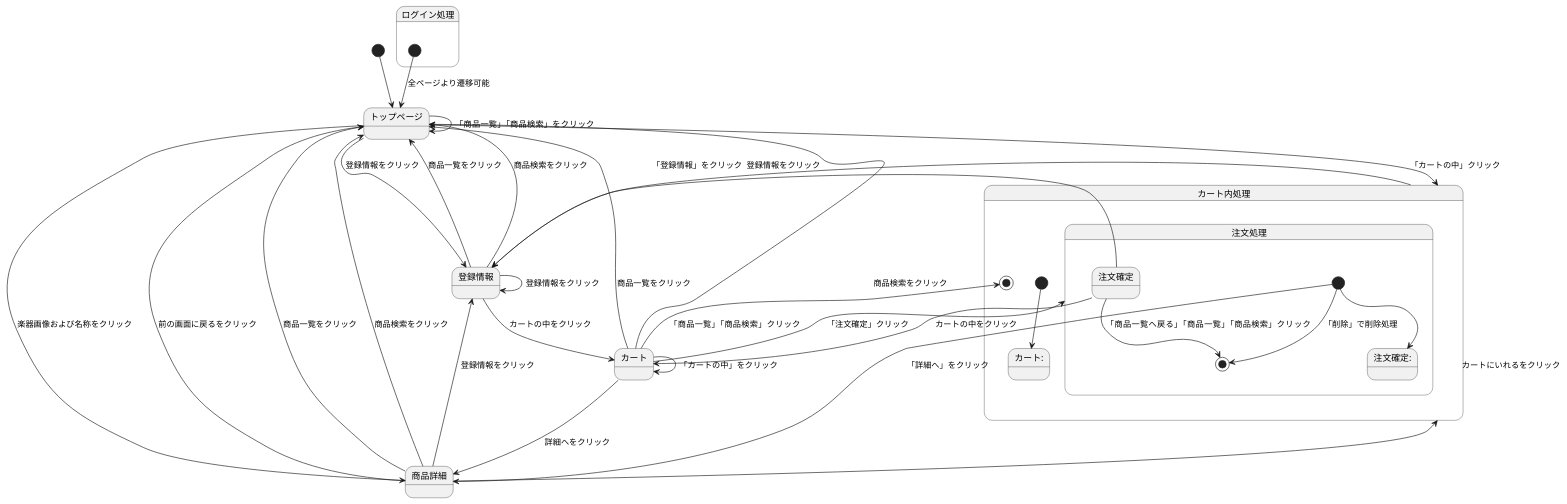
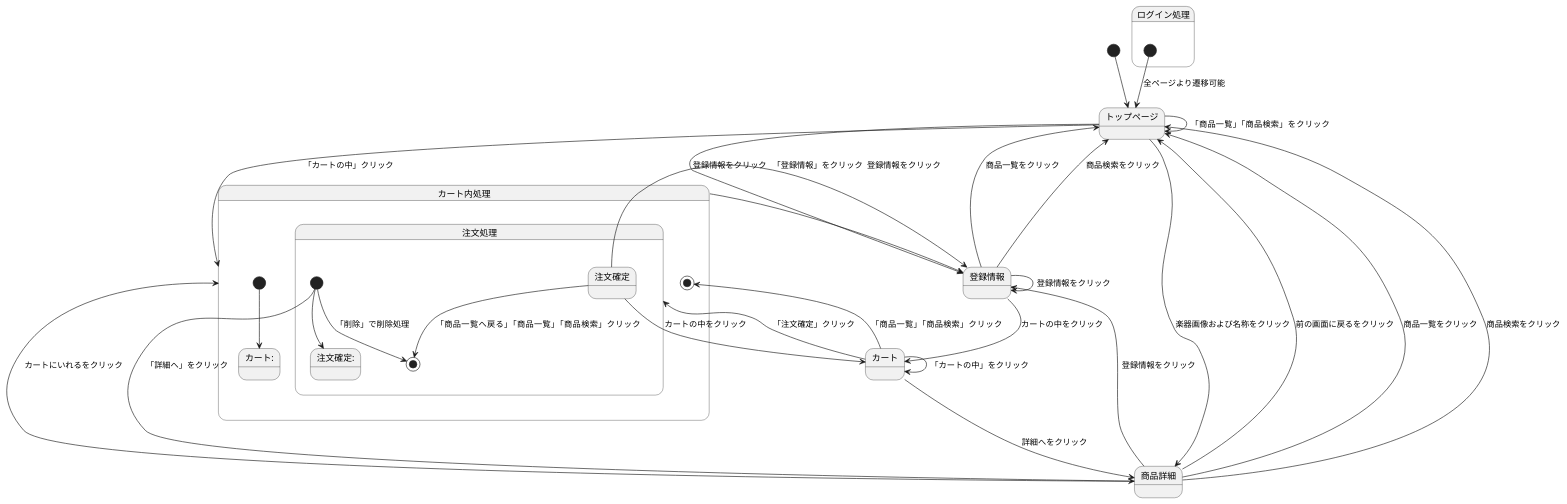
One commit to Aso2001374/2021sys-design changed the third of 3 diagrams in stm01.md. Above: the diagram before and after it, drawn with PlantUML.

````diff
--- a/stm01.md
+++ b/stm01.md
@@ -55,53 +55,52 @@
 ```uml
 @startuml
 [*] --> トップページ
 
 トップページ--> トップページ : 「商品一覧」「商品検索」をクリック
 トップページ--> カート内処理 : 「カートの中」クリック
 トップページ--> 登録情報 : 登録情報をクリック
 トップページ--> 商品詳細 : 楽器画像および名称をクリック
 
 
 商品詳細--> トップページ : 前の画面に戻るをクリック
 商品詳細--> トップページ : 商品一覧をクリック
 商品詳細--> トップページ : 商品検索をクリック
 商品詳細--> 登録情報 : 登録情報をクリック
 
 
 
-カート --> トップページ : 商品一覧をクリック
-カート --> トップページ : 商品検索をクリック
+
 
 
 登録情報 --> トップページ : 商品一覧をクリック
 登録情報 --> トップページ : 商品検索をクリック
 登録情報 --> カート : カートの中をクリック
 登録情報 --> 登録情報 : 登録情報をクリック
 
 state ログイン処理{
 [*] --> トップページ : 全ページより遷移可能
 }
 
 商品詳細--> カート内処理 : カートにいれるをクリック
 
 state カート内処理{
 [*] --> カート:
 カート --> 注文処理:「注文確定」クリック
 state 注文処理{
 [*]--> 注文確定: 
 [*]--> 商品詳細 : 「詳細へ」をクリック
 [*]--> [*]: 「削除」で削除処理
 注文確定--> [*]: 「商品一覧へ戻る」「商品一覧」「商品検索」クリック
 }
 注文確定 --> カート : カートの中をクリック
 注文確定 --> 登録情報 : 登録情報をクリック
 カート--> カート: 「カートの中」をクリック
 カート --> 商品詳細 : 詳細へをクリック
 カート--> [*]: 「商品一覧」「商品検索」クリック
 }
 
 カート内処理--> 登録情報 : 「登録情報」をクリック
 
 
 @enduml
 ```
````
